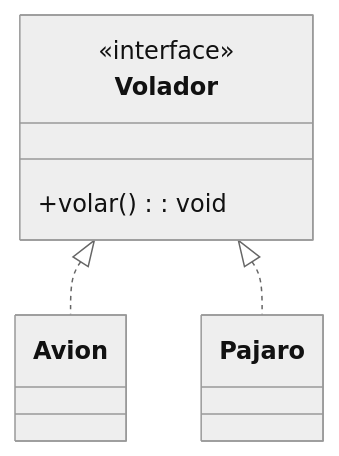
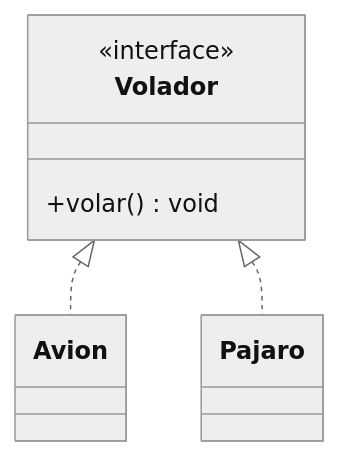
One commit to danielmartinan/entornos_desarrollo_2024-25 changed diagram 19 of 28 in UD4 - Introducción a POO, diagramas UML y diagramas de clases/ud04_2_notacion_uml_diagramas_clases.md. Above: the diagram before and after it, drawn with Mermaid (neutral theme). The commit also changed other lines of this file and 2 other files, not shown here.

Commit message:
Movido pasos para crear un diagrama de clases a partir de la definición del problema de ud04_3 a ud04_2

````diff
--- a/UD4 - Introducción a POO, diagramas UML y diagramas de clases/ud04_2_notacion_uml_diagramas_clases.md
+++ b/UD4 - Introducción a POO, diagramas UML y diagramas de clases/ud04_2_notacion_uml_diagramas_clases.md
@@ -558,16 +572,16 @@
 ```mermaid
 classDiagram
     class Volador {
         <<interface>>
-        +volar(): void
+        +volar() void
     }
 
     class Avion {
     }
 
     class Pajaro {
     }
 
     Volador <|.. Avion
     Volador <|.. Pajaro
 ```
````
